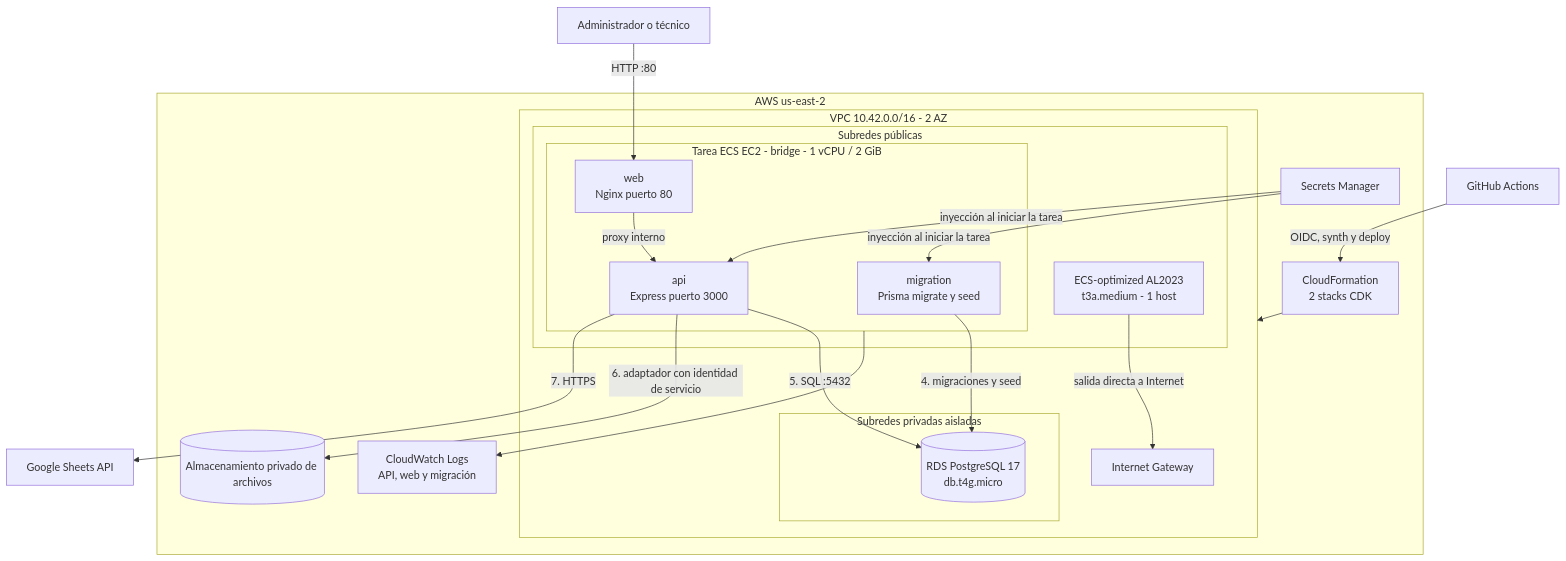
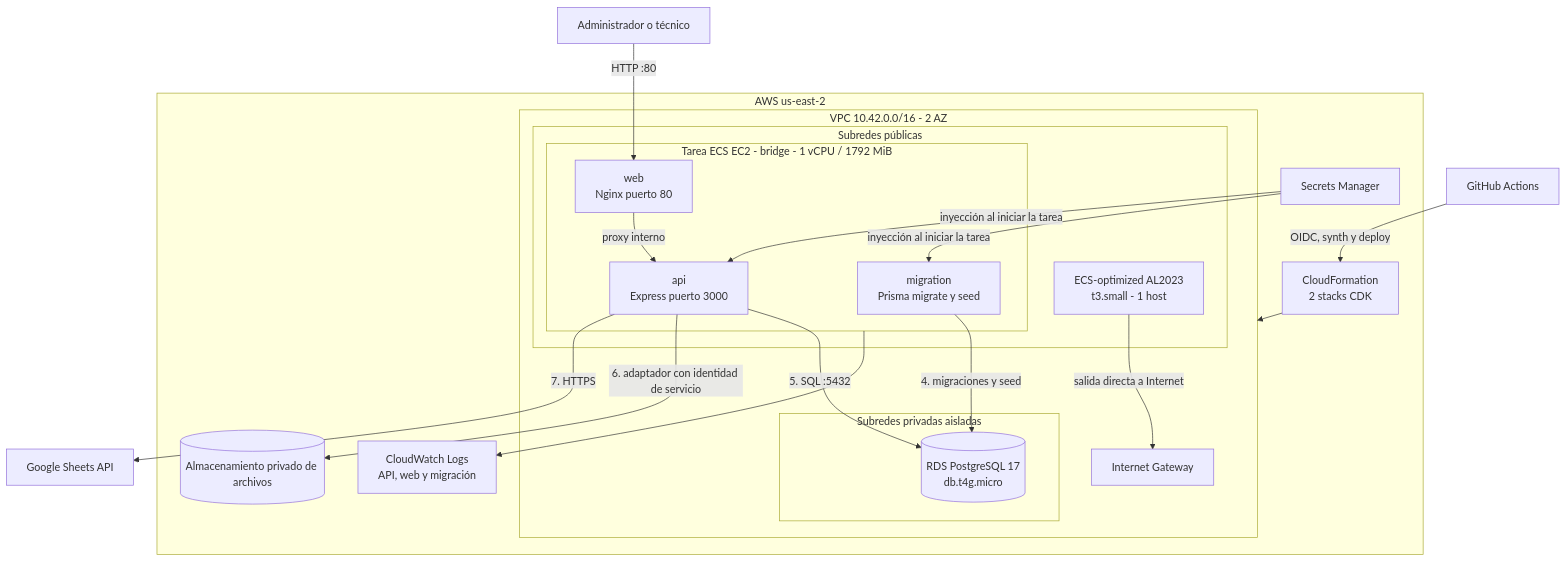
Before and after one commit to luistorres-idt/puk: the first of 5 diagrams in docs/technical/infrastructure-and-operations.md, drawn with Mermaid. The commit also changed other lines of this file and 10 other files, not shown here.

````diff
--- a/docs/technical/infrastructure-and-operations.md
+++ b/docs/technical/infrastructure-and-operations.md
@@ -26,43 +37,43 @@
 ```mermaid
 flowchart TB
     User[Administrador o técnico]
     GitHub[GitHub Actions]
     Sheets[Google Sheets API]
 
     subgraph Region[AWS us-east-2]
         subgraph VPC[VPC 10.42.0.0/16 - 2 AZ]
             IGW[Internet Gateway]
 
             subgraph Public[Subredes públicas]
-                EC2[ECS-optimized AL2023<br/>t3a.medium - 1 host]
-                subgraph Task[Tarea ECS EC2 - bridge - 1 vCPU / 2 GiB]
+                EC2[ECS-optimized AL2023<br/>t3.small - 1 host]
+                subgraph Task[Tarea ECS EC2 - bridge - 1 vCPU / 1792 MiB]
                     Migration[migration<br/>Prisma migrate y seed]
                     API[api<br/>Express puerto 3000]
                     Web[web<br/>Nginx puerto 80]
                 end
             end
 
             subgraph Isolated[Subredes privadas aisladas]
                 RDS[(RDS PostgreSQL 17<br/>db.t4g.micro)]
             end
         end
 
         FileStore[(Almacenamiento privado de archivos)]
         SM[Secrets Manager]
         CW[CloudWatch Logs<br/>API, web y migración]
         CFN[CloudFormation<br/>2 stacks CDK]
     end
 
     User -->|HTTP :80| Web
     Web -->|proxy interno| API
     Migration -->|4. migraciones y seed| RDS
     API -->|5. SQL :5432| RDS
     API -->|6. adaptador con identidad de servicio| FileStore
     API -->|7. HTTPS| Sheets
     EC2 -->|salida directa a Internet| IGW
     SM -->|inyección al iniciar la tarea| Migration
     SM -->|inyección al iniciar la tarea| API
     Task --> CW
     GitHub -->|OIDC, synth y deploy| CFN
     CFN --> VPC
 ```
````
